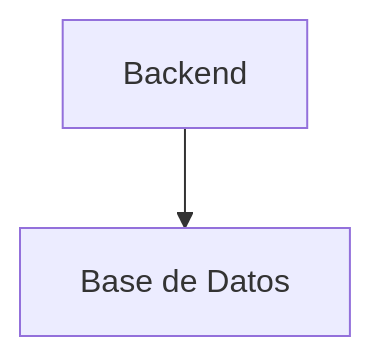
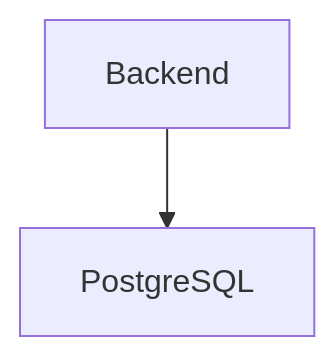
Before and after one commit to chirijose79-ui/Chiri: the third of 5 diagrams in docs/100_DecisionesArquitectura.md, drawn with Mermaid. The commit also changed other lines of this file, not shown here.

`````diff
--- a/docs/100_DecisionesArquitectura.md
+++ b/docs/100_DecisionesArquitectura.md
@@ -164,7 +189,8 @@
 ```mermaid
 flowchart TD
-    Backend --> BaseDatos
+
+    Backend --> PostgreSQL
 
     Backend["Backend"]
-    BaseDatos["Base de Datos"]
-```
+    PostgreSQL["PostgreSQL"]
+````
`````
